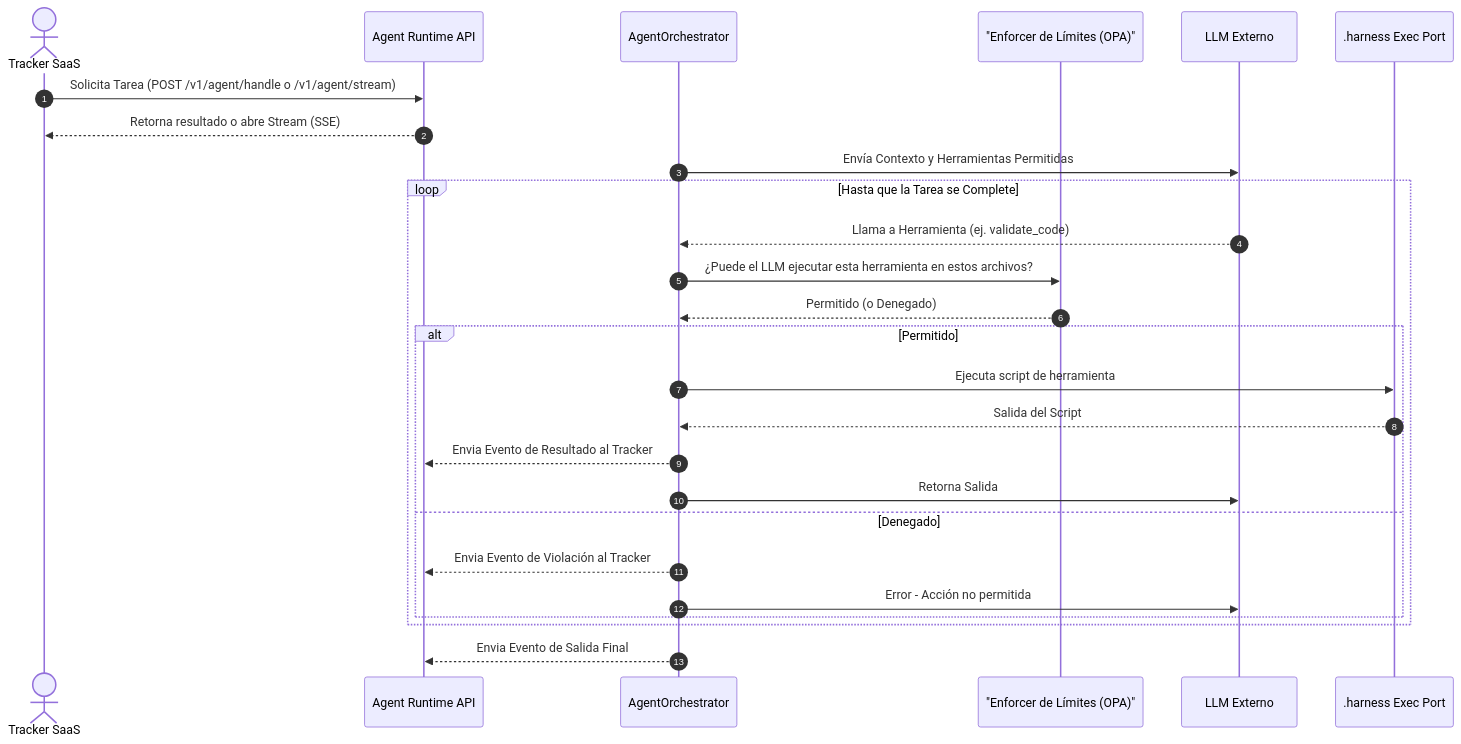
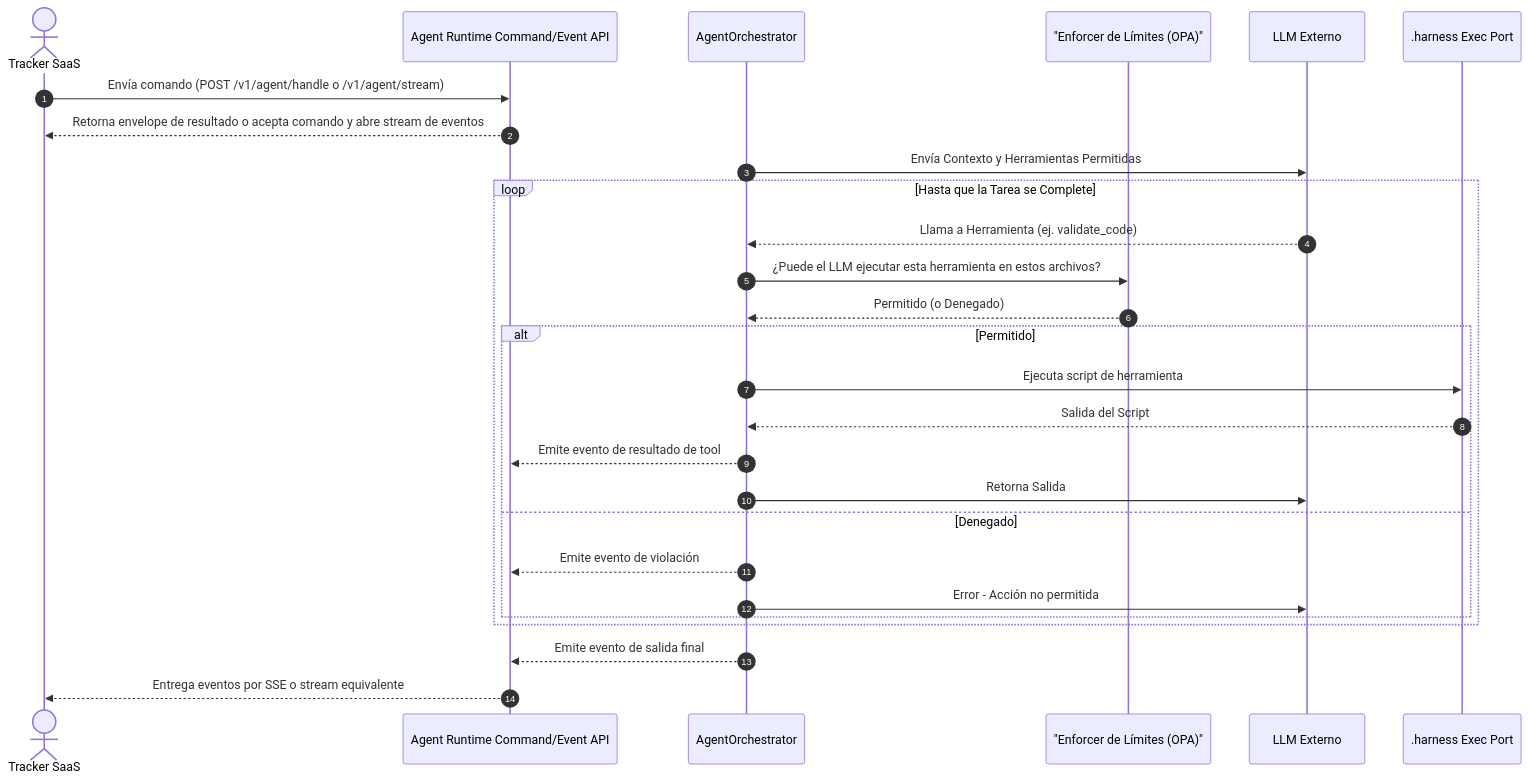
The second of 2 diagrams in reference/architecture/views/view-by-flow.es.md (beyondnetcode/evolith_arch32), drawn with Mermaid before and after one commit. The commit also changed other lines of this file and 13 other files, not shown here.

Commit message:
docs: clarify agent runtime command event flow

````diff
--- a/reference/architecture/views/view-by-flow.es.md
+++ b/reference/architecture/views/view-by-flow.es.md
@@ -50,33 +50,34 @@
 ```mermaid
 sequenceDiagram
     autonumber
     actor Tracker as Tracker SaaS
-    participant SSE as Agent Runtime API
+    participant RuntimeAPI as Agent Runtime Command/Event API
     participant Orch as AgentOrchestrator
     participant Boundary as "Enforcer de Límites (OPA)"
     participant LLM as LLM Externo
     participant Exec as .harness Exec Port
 
-    Tracker->>SSE: Solicita Tarea (POST /v1/agent/handle o /v1/agent/stream)
-    SSE-->>Tracker: Retorna resultado o abre Stream (SSE)
+    Tracker->>RuntimeAPI: Envía comando (POST /v1/agent/handle o /v1/agent/stream)
+    RuntimeAPI-->>Tracker: Retorna envelope de resultado o acepta comando y abre stream de eventos
     
     Orch->>LLM: Envía Contexto y Herramientas Permitidas
     loop Hasta que la Tarea se Complete
         LLM-->>Orch: Llama a Herramienta (ej. validate_code)
         
         Orch->>Boundary: ¿Puede el LLM ejecutar esta herramienta en estos archivos?
         Boundary-->>Orch: Permitido (o Denegado)
         
         alt Permitido
             Orch->>Exec: Ejecuta script de herramienta
             Exec-->>Orch: Salida del Script
-            Orch-->>SSE: Envia Evento de Resultado al Tracker
+            Orch-->>RuntimeAPI: Emite evento de resultado de tool
             Orch->>LLM: Retorna Salida
         else Denegado
-            Orch-->>SSE: Envia Evento de Violación al Tracker
+            Orch-->>RuntimeAPI: Emite evento de violación
             Orch->>LLM: Error - Acción no permitida
         end
     end
     
-    Orch-->>SSE: Envia Evento de Salida Final
+    Orch-->>RuntimeAPI: Emite evento de salida final
+    RuntimeAPI-->>Tracker: Entrega eventos por SSE o stream equivalente
 ```
````
